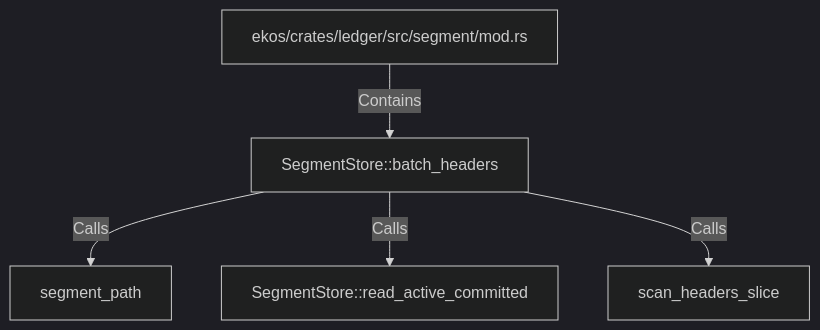
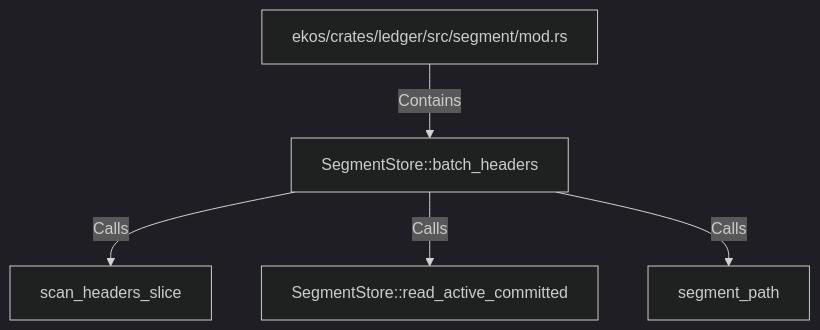
Before and after one commit to alexeyban/EKOS: the diagram in doc/entities/rustsymbol/se/segmentstore-batch-headers.md, drawn with Mermaid (dark theme). The commit also changed other lines of this file and 552 other files, not shown here.

````diff
--- a/doc/entities/rustsymbol/se/segmentstore-batch-headers.md
+++ b/doc/entities/rustsymbol/se/segmentstore-batch-headers.md
@@ -23,12 +23,12 @@
 ```mermaid
 graph TD
     n18f1b20414685fdba06fd7baad93b9f6["SegmentStore::batch_headers"]
     n80a64e0ab0ac51dfb3be128cddd1cc83["ekos/crates/ledger/src/segment/mod.rs"]
     n80a64e0ab0ac51dfb3be128cddd1cc83 -->|Contains| n18f1b20414685fdba06fd7baad93b9f6
+    n58cd3f3793745ff9aeea9fef60615002["scan_headers_slice"]
+    n18f1b20414685fdba06fd7baad93b9f6 -->|Calls| n58cd3f3793745ff9aeea9fef60615002
+    n2119ef15fc0f57859e29d84e4f14ac23["SegmentStore::read_active_committed"]
+    n18f1b20414685fdba06fd7baad93b9f6 -->|Calls| n2119ef15fc0f57859e29d84e4f14ac23
     na07b97cc69e45c35bedf11119542af72["segment_path"]
     n18f1b20414685fdba06fd7baad93b9f6 -->|Calls| na07b97cc69e45c35bedf11119542af72
-    n2119ef15fc0f57859e29d84e4f14ac23["SegmentStore::read_active_committed"]
-    n18f1b20414685fdba06fd7baad93b9f6 -->|Calls| n2119ef15fc0f57859e29d84e4f14ac23
-    n58cd3f3793745ff9aeea9fef60615002["scan_headers_slice"]
-    n18f1b20414685fdba06fd7baad93b9f6 -->|Calls| n58cd3f3793745ff9aeea9fef60615002
 ```
````
